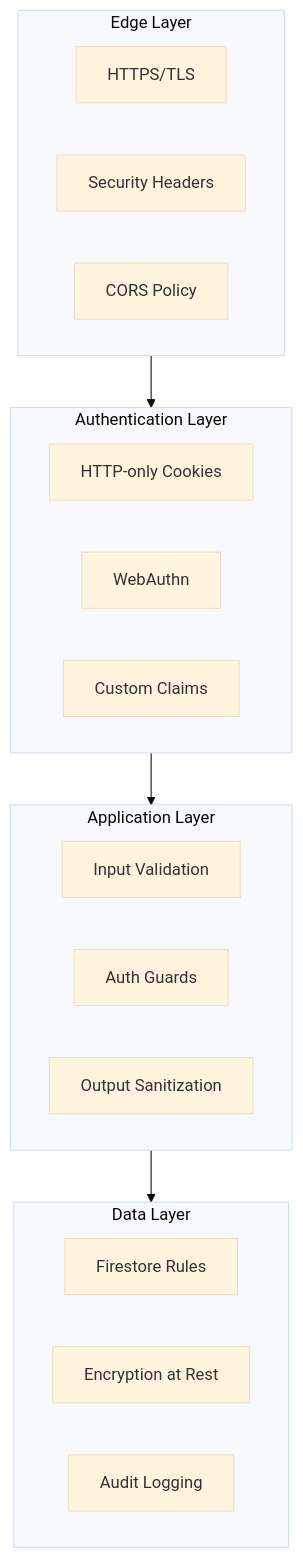
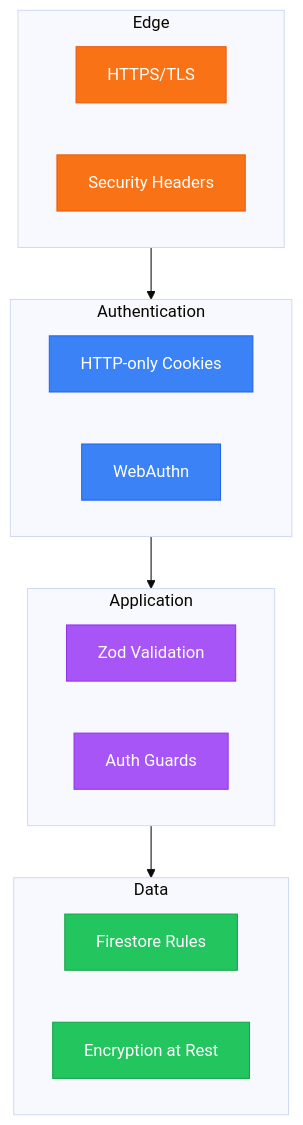
The diagram in docs/project/10-security.md (Natural-Highs/live), drawn with Mermaid (base theme) before and after one commit. The commit also changed other lines of this file and 11 other files, not shown here.

````diff
--- a/docs/project/10-security.md
+++ b/docs/project/10-security.md
@@ -7,30 +7,33 @@
 ```mermaid
 flowchart TB
-    subgraph EDGE["Edge Layer"]
+    subgraph EDGE["Edge"]
         HTTPS[HTTPS/TLS]
         HEADERS[Security Headers]
-        CORS[CORS Policy]
     end
 
-    subgraph AUTH["Authentication Layer"]
+    subgraph AUTH["Authentication"]
         SESSION[HTTP-only Cookies]
         PASSKEY[WebAuthn]
-        CLAIMS[Custom Claims]
     end
 
-    subgraph APP["Application Layer"]
-        VALIDATE[Input Validation]
+    subgraph APP["Application"]
+        VALIDATE[Zod Validation]
         GUARDS[Auth Guards]
-        SANITIZE[Output Sanitization]
     end
 
-    subgraph DATA["Data Layer"]
+    subgraph DATA["Data"]
         RULES[Firestore Rules]
         ENCRYPT[Encryption at Rest]
-        AUDIT[Audit Logging]
     end
 
-    EDGE --> AUTH
-    AUTH --> APP
-    APP --> DATA
+    EDGE --> AUTH --> APP --> DATA
+
+    style HTTPS fill:#f97316,stroke:#ea580c,color:#fff
+    style HEADERS fill:#f97316,stroke:#ea580c,color:#fff
+    style SESSION fill:#3b82f6,stroke:#2563eb,color:#fff
+    style PASSKEY fill:#3b82f6,stroke:#2563eb,color:#fff
+    style VALIDATE fill:#a855f7,stroke:#9333ea,color:#fff
+    style GUARDS fill:#a855f7,stroke:#9333ea,color:#fff
+    style RULES fill:#22c55e,stroke:#16a34a,color:#fff
+    style ENCRYPT fill:#22c55e,stroke:#16a34a,color:#fff
 ```
````
